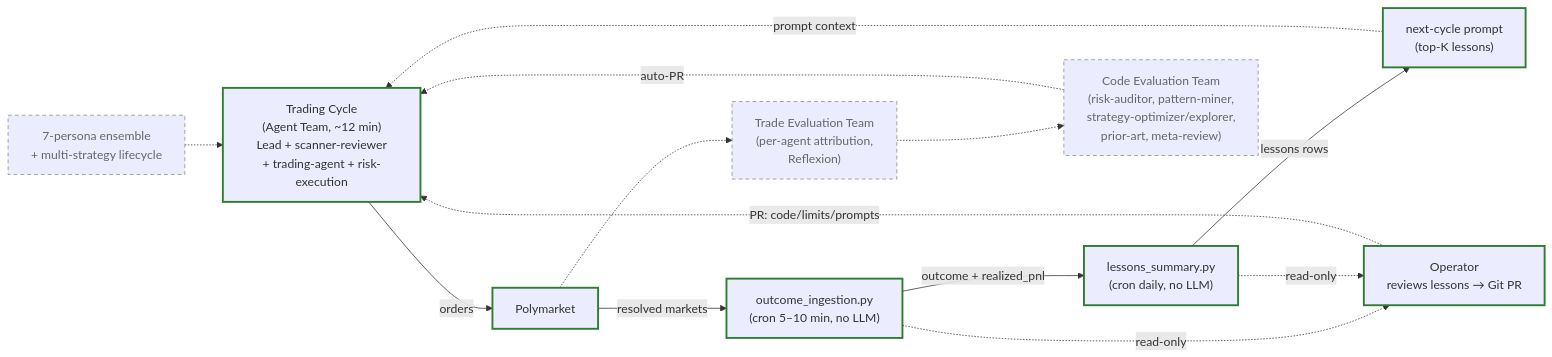
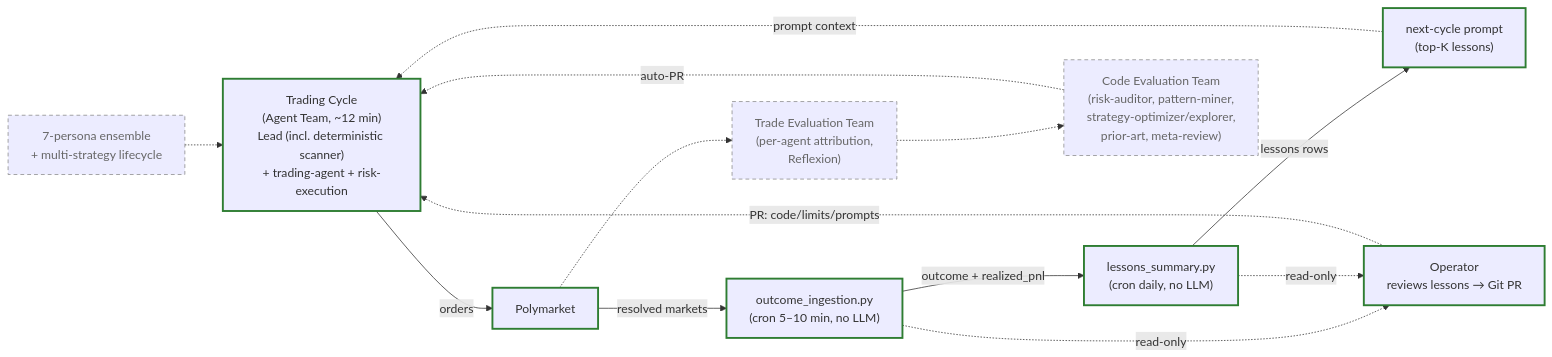
Before and after one commit to facchini-mika/autonomous-trading: the diagram in specs/specs.md, drawn with Mermaid. The commit also changed 25 other files, not shown here.

First line of the commit message:
feat(scanner): remove LLM scanner-reviewer subagent — Python-only (#67)

````diff
--- a/specs/specs.md
+++ b/specs/specs.md
@@ -9,35 +9,35 @@
 ```mermaid
 flowchart LR
     %% MVP-aktuelle Komponenten (solid)
-    TradingCycle["Trading Cycle<br/>(Agent Team, ~12 min)<br/>Lead + scanner-reviewer<br/>+ trading-agent + risk-execution"]
+    TradingCycle["Trading Cycle<br/>(Agent Team, ~12 min)<br/>Lead (incl. deterministic scanner)<br/>+ trading-agent + risk-execution"]
     Polymarket[Polymarket]
     OutcomeScript["outcome_ingestion.py<br/>(cron 5–10 min, no LLM)"]
     LessonsScript["lessons_summary.py<br/>(cron daily, no LLM)"]
     Operator["Operator<br/>reviews lessons → Git PR"]
     NextCycle["next-cycle prompt<br/>(top-K lessons)"]
 
     %% Post-MVP (dashed)
     TradeEvalTeam["Trade Evaluation Team<br/>(per-agent attribution,<br/>Reflexion)"]
     CodeEvalTeam["Code Evaluation Team<br/>(risk-auditor, pattern-miner,<br/>strategy-optimizer/explorer,<br/>prior-art, meta-review)"]
     Ensemble["7-persona ensemble<br/>+ multi-strategy lifecycle"]
 
     TradingCycle -->|orders| Polymarket
     Polymarket -->|resolved markets| OutcomeScript
     OutcomeScript -->|outcome + realized_pnl| LessonsScript
     LessonsScript -->|lessons rows| NextCycle
     NextCycle -.->|prompt context| TradingCycle
     OutcomeScript -.->|read-only| Operator
     LessonsScript -.->|read-only| Operator
     Operator -.->|PR: code/limits/prompts| TradingCycle
 
     %% Post-MVP-Pfad
     Polymarket -.-> TradeEvalTeam
     TradeEvalTeam -.-> CodeEvalTeam
     CodeEvalTeam -.->|auto-PR| TradingCycle
     Ensemble -.-> TradingCycle
 
     classDef mvp stroke:#2e7d32,stroke-width:2.5px;
     classDef postmvp stroke:#888,stroke-width:1px,stroke-dasharray:5 4,color:#666;
     class TradingCycle,Polymarket,OutcomeScript,LessonsScript,Operator,NextCycle mvp;
     class TradeEvalTeam,CodeEvalTeam,Ensemble postmvp;
 ```
````
